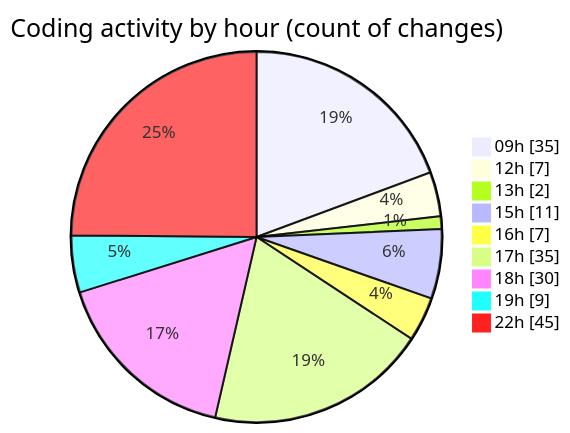
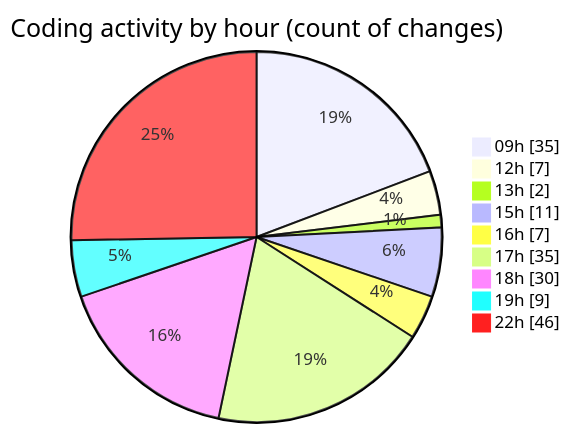
The second of 2 diagrams in 2026-06-11/cda/README.md (momahboobian/code-tracking), drawn with Mermaid before and after one commit. The commit also changed other lines of this file and 1 other file, not shown here.

````diff
--- a/2026-06-11/cda/README.md
+++ b/2026-06-11/cda/README.md
@@ -71,13 +71,13 @@
 ```mermaid
 pie showData
 title Coding activity by hour (count of changes)
 "09h" : 35
 "12h" : 7
 "13h" : 2
 "15h" : 11
 "16h" : 7
 "17h" : 35
 "18h" : 30
 "19h" : 9
-"22h" : 45
+"22h" : 46
 ```
````
